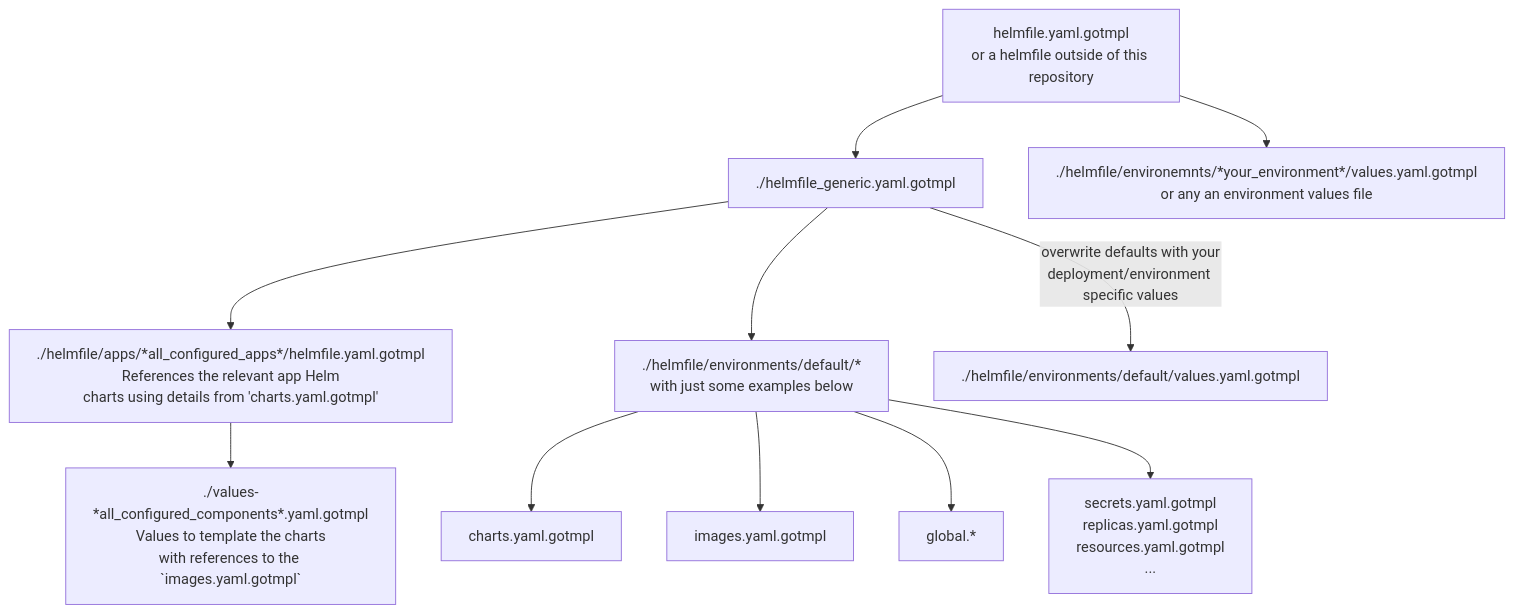
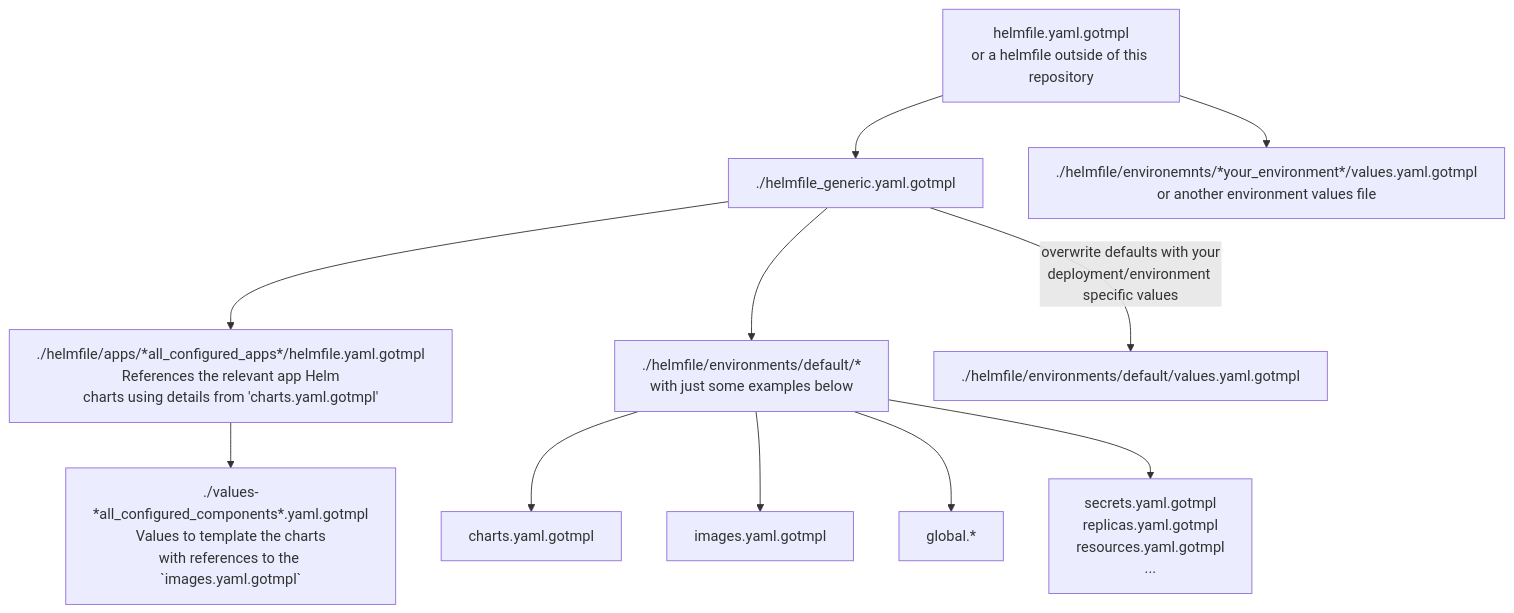
One commit to tobias-weiss-ai-xr/opendesk-edu changed the diagram in docs/development.md. Above: the diagram before and after it, drawn with Mermaid. The commit also changed other lines of this file and 26 other files, not shown here.

````diff
--- a/docs/development.md
+++ b/docs/development.md
@@ -30,13 +30,13 @@
 ```mermaid
 flowchart TD
  J[helmfile.yaml.gotmpl\nor a helmfile outside of this repository]-->A
- J-->K[./helmfile/environemnts/*your_environment*/values.yaml.gotmpl\nor any an environment values file]
+ J-->K[./helmfile/environemnts/*your_environment*/values.yaml.gotmpl\nor another environment values file]
  A[./helmfile_generic.yaml.gotmpl]-->B[./helmfile/apps/*all_configured_apps*/helmfile.yaml.gotmpl\nReferences the relevant app Helm\ncharts using details from 'charts.yaml.gotmpl']
  B-->C[./values-*all_configured_components*.yaml.gotmpl\nValues to template the charts\nwith references to the `images.yaml.gotmpl`]
  A-->D[./helmfile/environments/default/*\nwith just some examples below]
  D-->F[charts.yaml.gotmpl]
  D-->G[images.yaml.gotmpl]
  D-->H[global.*]
  D-->I[secrets.yaml.gotmpl\nreplicas.yaml.gotmpl\nresources.yaml.gotmpl\n...]
  A-->|overwrite defaults with your\ndeployment/environment specific values|E[./helmfile/environments/default/values.yaml.gotmpl]
 ```
````
